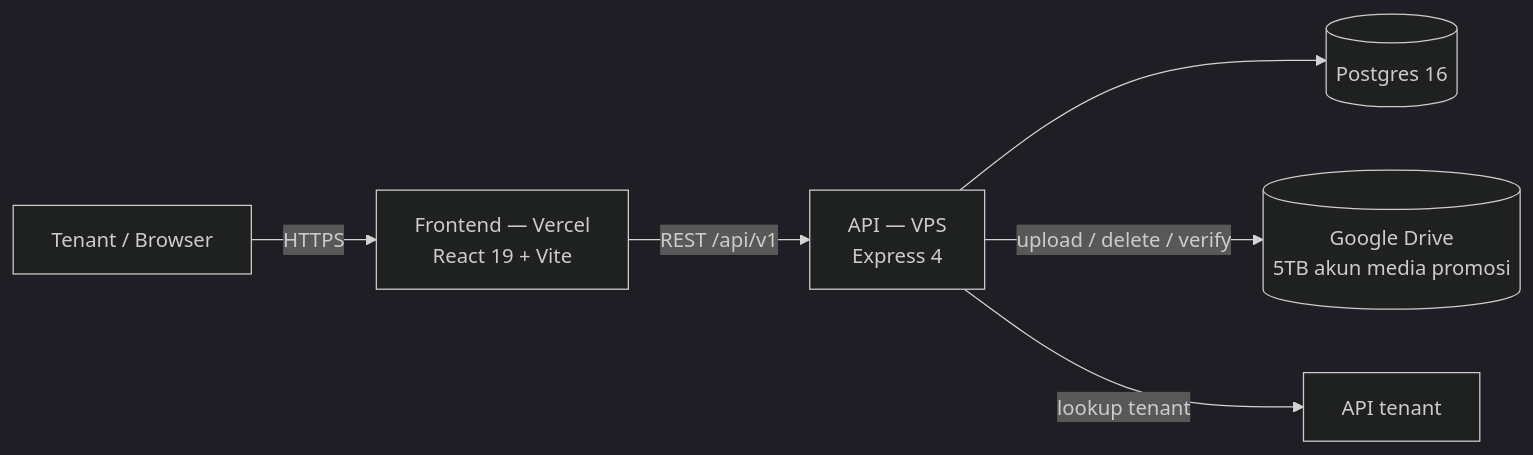
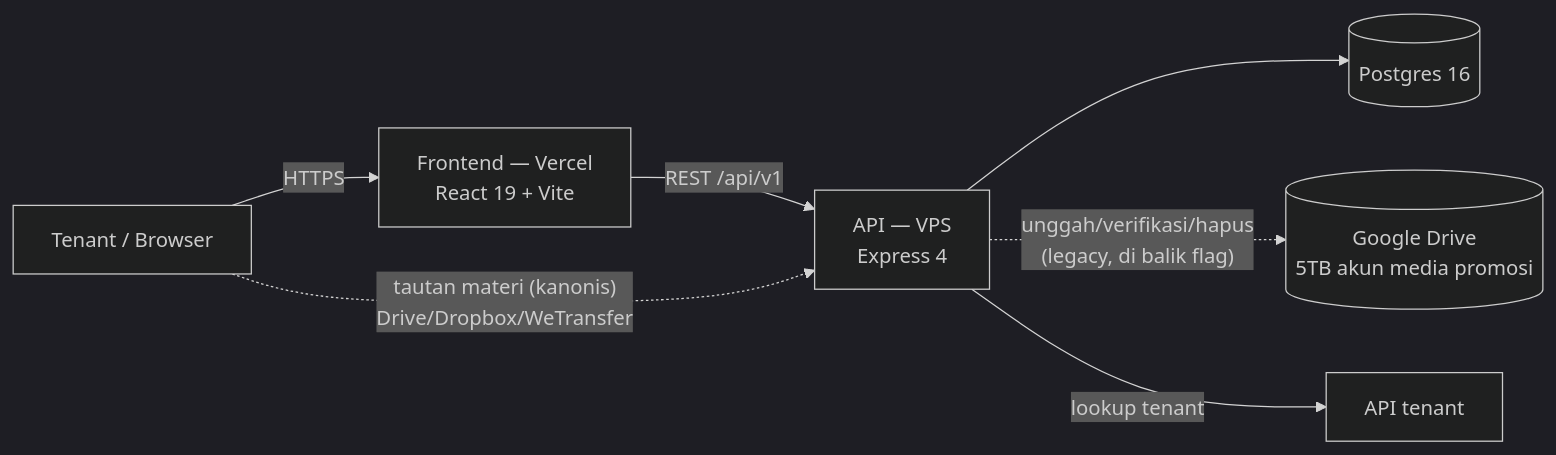
The diagram in README.md (andsfx/medprom-metmal), drawn with Mermaid (dark theme) before and after one commit. The commit also changed other lines of this file and 4 other files, not shown here.

````diff
--- a/README.md
+++ b/README.md
@@ -49,8 +55,9 @@
 ```mermaid
 flowchart LR
   T[Tenant / Browser] -->|HTTPS| V["Frontend — Vercel<br/>React 19 + Vite"]
   V -->|"REST /api/v1"| A["API — VPS<br/>Express 4"]
   A --> P[("Postgres 16")]
-  A -->|"upload / delete / verify"| D[("Google Drive<br/>5TB akun media promosi")]
+  A -.->|"unggah/verifikasi/hapus<br/>(legacy, di balik flag)"| D[("Google Drive<br/>5TB akun media promosi")]
   A -->|"lookup tenant"| M["API tenant"]
+  T -.->|"tautan materi (kanonis)<br/>Drive/Dropbox/WeTransfer"| A
 ```
````
